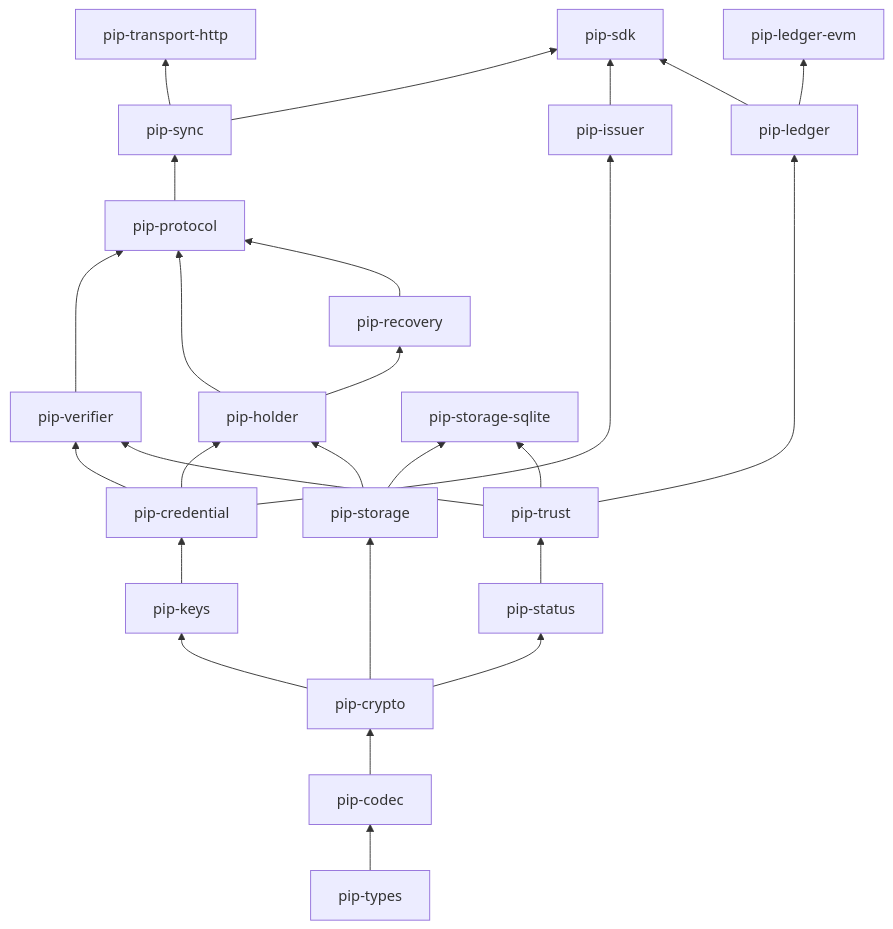
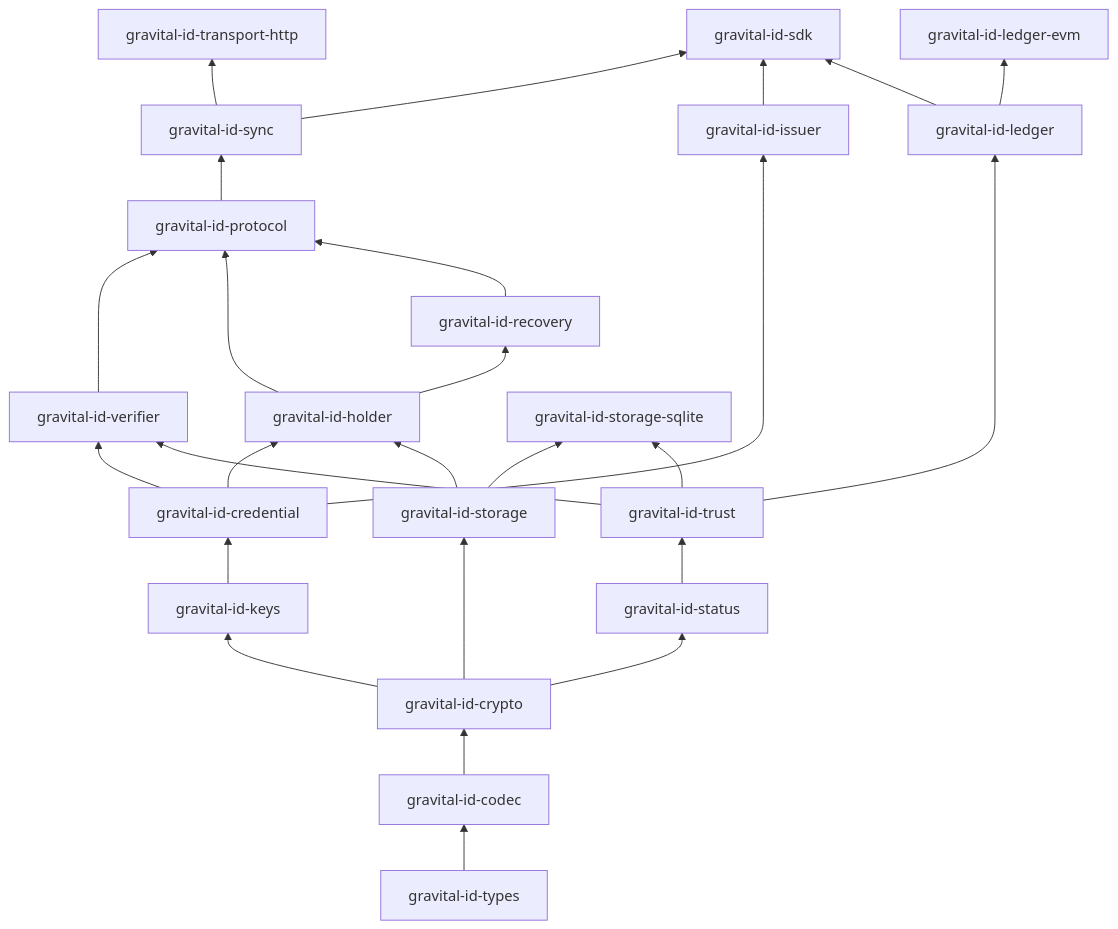
Before and after one commit to angelnereira/gravital-id: the diagram in docs/PROJECT_STRUCTURE.md, drawn with Mermaid. The commit also changed other lines of this file and 63 other files, not shown here.

````diff
--- a/docs/PROJECT_STRUCTURE.md
+++ b/docs/PROJECT_STRUCTURE.md
@@ -190,28 +190,28 @@
 ```mermaid
 flowchart BT
-    types[pip-types] --> codec[pip-codec]
-    codec --> crypto[pip-crypto]
-    crypto --> keys[pip-keys]
-    keys --> credential[pip-credential]
-    crypto --> status[pip-status]
-    status --> trust[pip-trust]
-    credential --> verifier[pip-verifier]
+    types[gravital-id-types] --> codec[gravital-id-codec]
+    codec --> crypto[gravital-id-crypto]
+    crypto --> keys[gravital-id-keys]
+    keys --> credential[gravital-id-credential]
+    crypto --> status[gravital-id-status]
+    status --> trust[gravital-id-trust]
+    credential --> verifier[gravital-id-verifier]
     trust --> verifier
-    credential --> holder[pip-holder]
-    credential --> issuer[pip-issuer]
-    crypto --> storage[pip-storage]
+    credential --> holder[gravital-id-holder]
+    credential --> issuer[gravital-id-issuer]
+    crypto --> storage[gravital-id-storage]
     storage --> holder
-    holder --> recovery[pip-recovery]
-    verifier --> protocol[pip-protocol]
+    holder --> recovery[gravital-id-recovery]
+    verifier --> protocol[gravital-id-protocol]
     holder --> protocol
     recovery --> protocol
-    protocol --> sync[pip-sync]
-    trust --> ledger[pip-ledger]
-    ledger --> evm[pip-ledger-evm]
-    storage --> sqlite[pip-storage-sqlite]
+    protocol --> sync[gravital-id-sync]
+    trust --> ledger[gravital-id-ledger]
+    ledger --> evm[gravital-id-ledger-evm]
+    storage --> sqlite[gravital-id-storage-sqlite]
     trust --> sqlite
-    sync --> http[pip-transport-http]
-    sync --> sdk[pip-sdk]
+    sync --> http[gravital-id-transport-http]
+    sync --> sdk[gravital-id-sdk]
     issuer --> sdk
     ledger --> sdk
 ```
````
